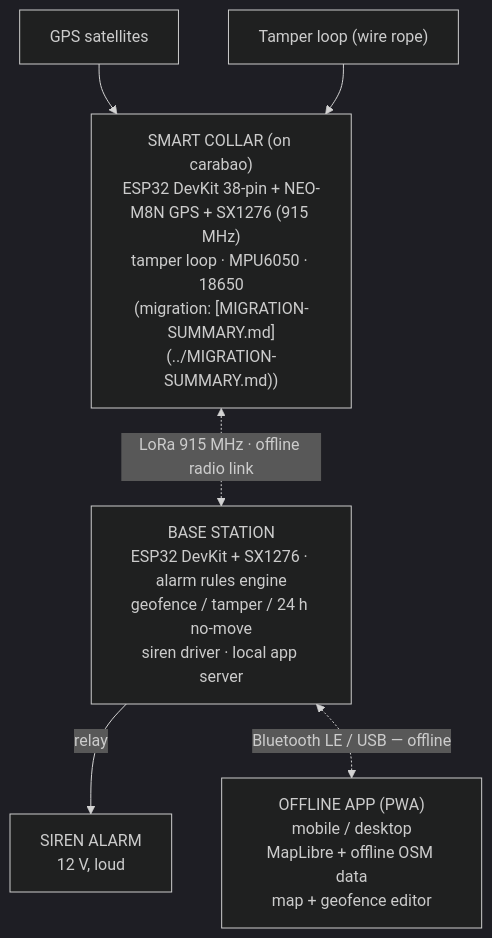
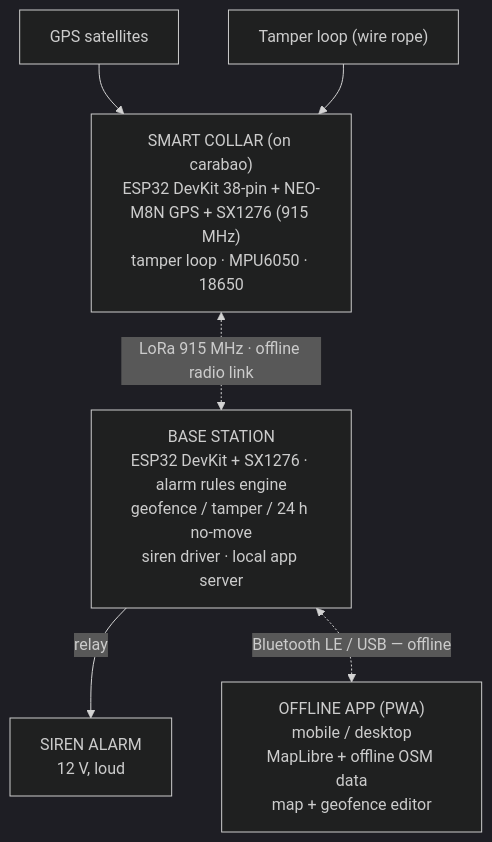
The second of 2 diagrams in README.md (qppd/smart-collar), drawn with Mermaid (dark theme) before and after one commit. The commit also changed other lines of this file and 6 other files, not shown here.

First line of the commit message:
Remove MIGRATION-SUMMARY.md from repo; add to .gitignore

````diff
--- a/README.md
+++ b/README.md
@@ -82,8 +82,8 @@
 ```mermaid
 flowchart TB
-    GPS["GPS satellites"] --> COLLAR["SMART COLLAR (on carabao)\nESP32 DevKit 38-pin + NEO-M8N GPS + SX1276 (915 MHz)\ntamper loop · MPU6050 · 18650\n(migration: [MIGRATION-SUMMARY.md](../MIGRATION-SUMMARY.md))"]
+    GPS["GPS satellites"] --> COLLAR["SMART COLLAR (on carabao)\nESP32 DevKit 38-pin + NEO-M8N GPS + SX1276 (915 MHz)\ntamper loop · MPU6050 · 18650"]
     LOOP["Tamper loop (wire rope)"] --> COLLAR
     COLLAR <-. "LoRa 915 MHz · offline radio link" .-> BASE["BASE STATION\nESP32 DevKit + SX1276 · alarm rules engine\ngeofence / tamper / 24 h no-move\nsiren driver · local app server"]
     BASE -- "relay" --> SIREN["SIREN ALARM<br/>12 V, loud"]
     BASE <-. "Bluetooth LE / USB — offline" .-> APP["OFFLINE APP (PWA)<br/>mobile / desktop<br/>MapLibre + offline OSM data<br/>map + geofence editor"]
 ```
````
